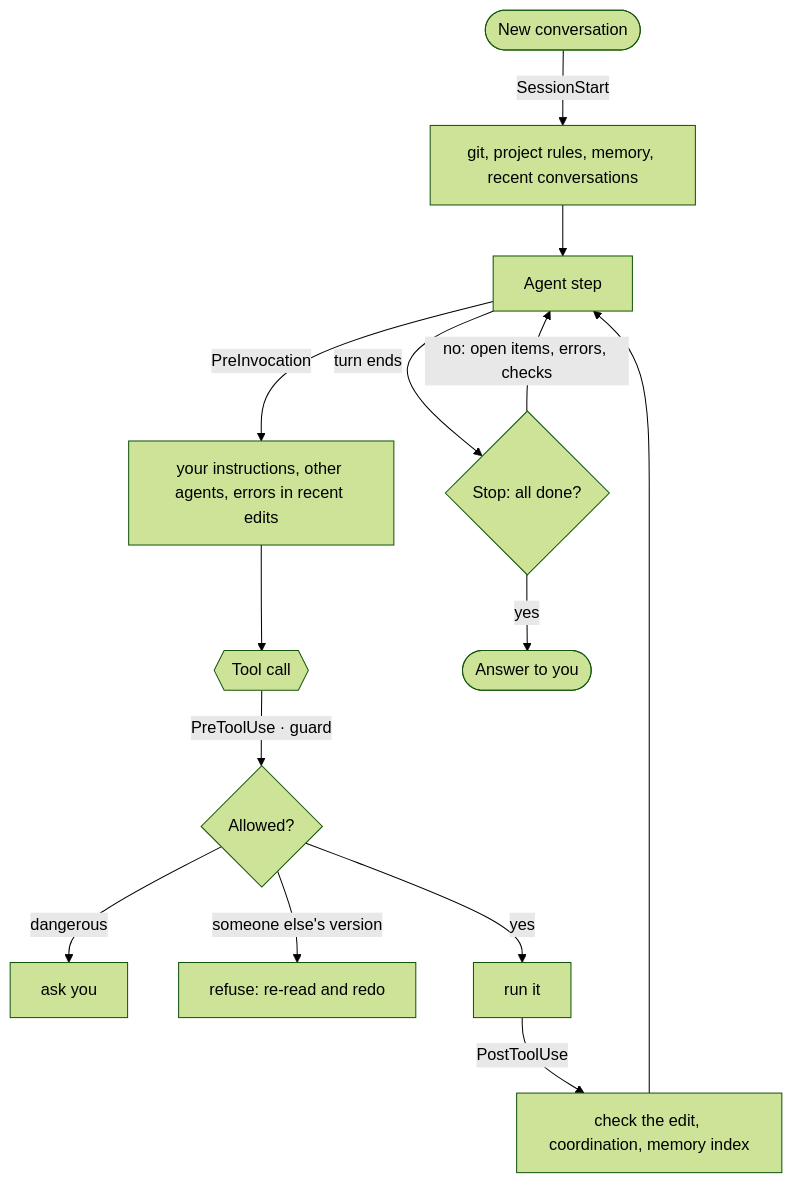
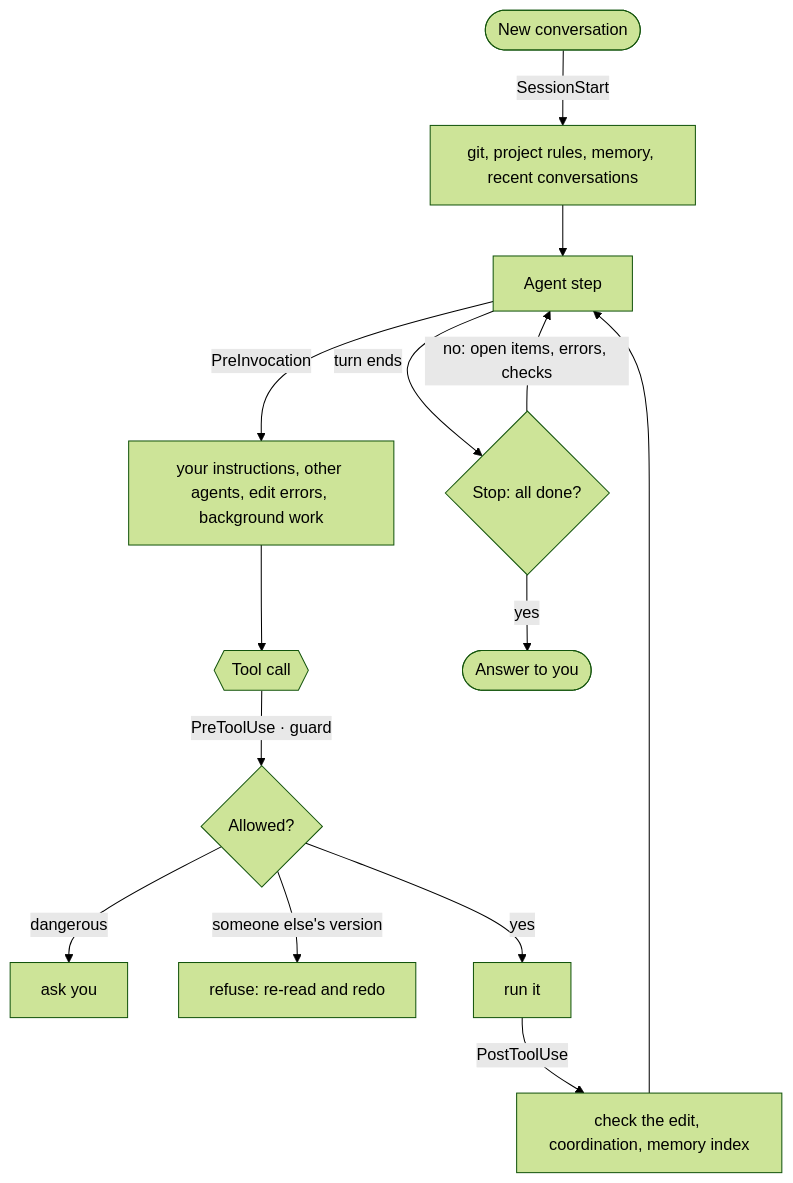
One commit to stxrmik/antigravity-plus changed the diagram in README.en.md. Above: the diagram before and after it, drawn with Mermaid (forest theme). The commit also changed other lines of this file and 21 other files, not shown here.

````diff
--- a/README.en.md
+++ b/README.en.md
@@ -147,16 +163,16 @@
 ```mermaid
 flowchart TD
     A([New conversation]) -->|SessionStart| B[git, project rules, memory, recent conversations]
     B --> C[Agent step]
-    C -->|PreInvocation| D[your instructions, other agents, errors in recent edits]
+    C -->|PreInvocation| D[your instructions, other agents, edit errors, background work]
     D --> E{{Tool call}}
     E -->|PreToolUse · guard| F{Allowed?}
     F -->|dangerous| G[ask you]
     F -->|someone else's version| H[refuse: re-read and redo]
     F -->|yes| I[run it]
     I -->|PostToolUse| J[check the edit, coordination, memory index]
     J --> C
     C -->|turn ends| K{Stop: all done?}
     K -->|no: open items, errors, checks| C
     K -->|yes| L([Answer to you])
 ```
````
